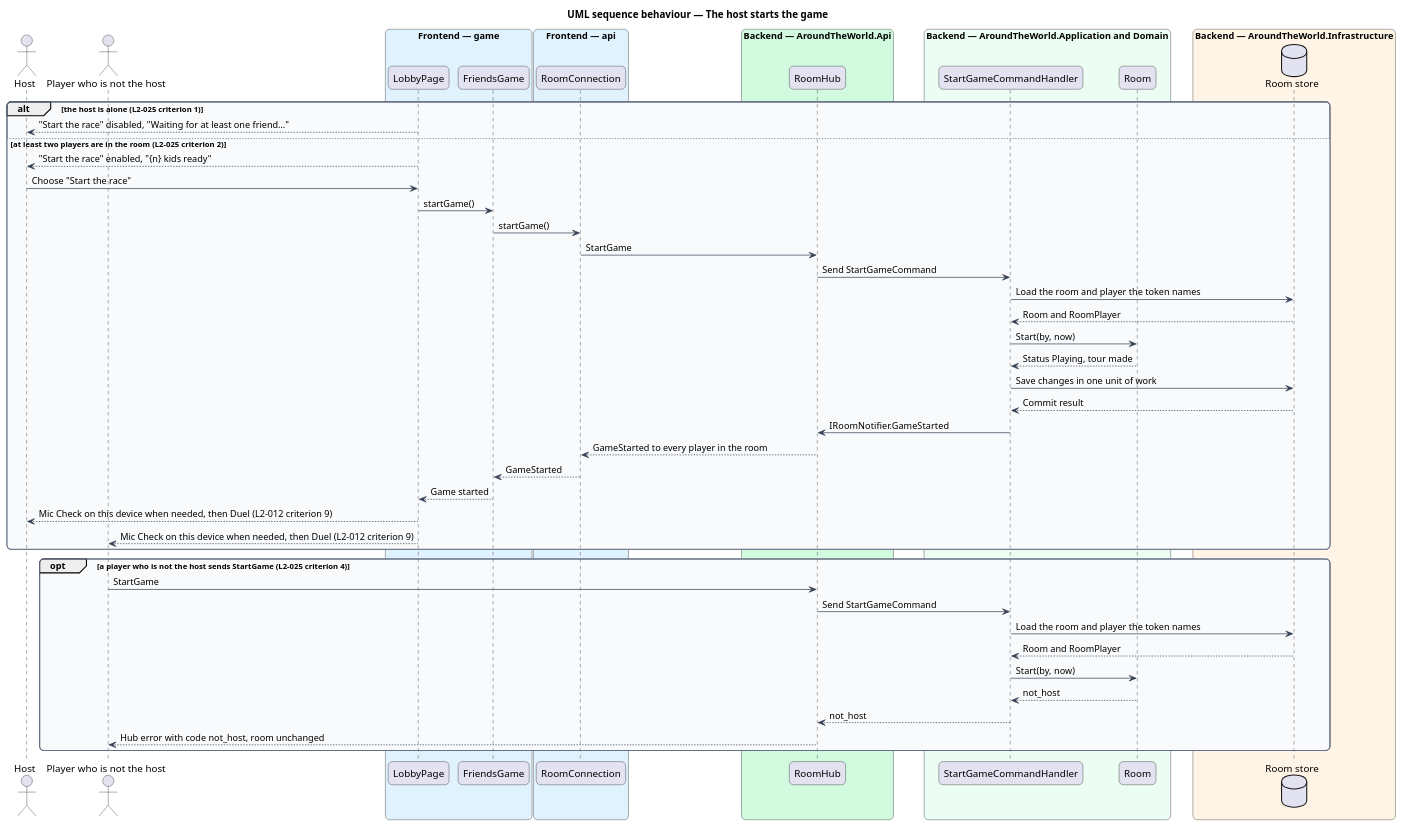
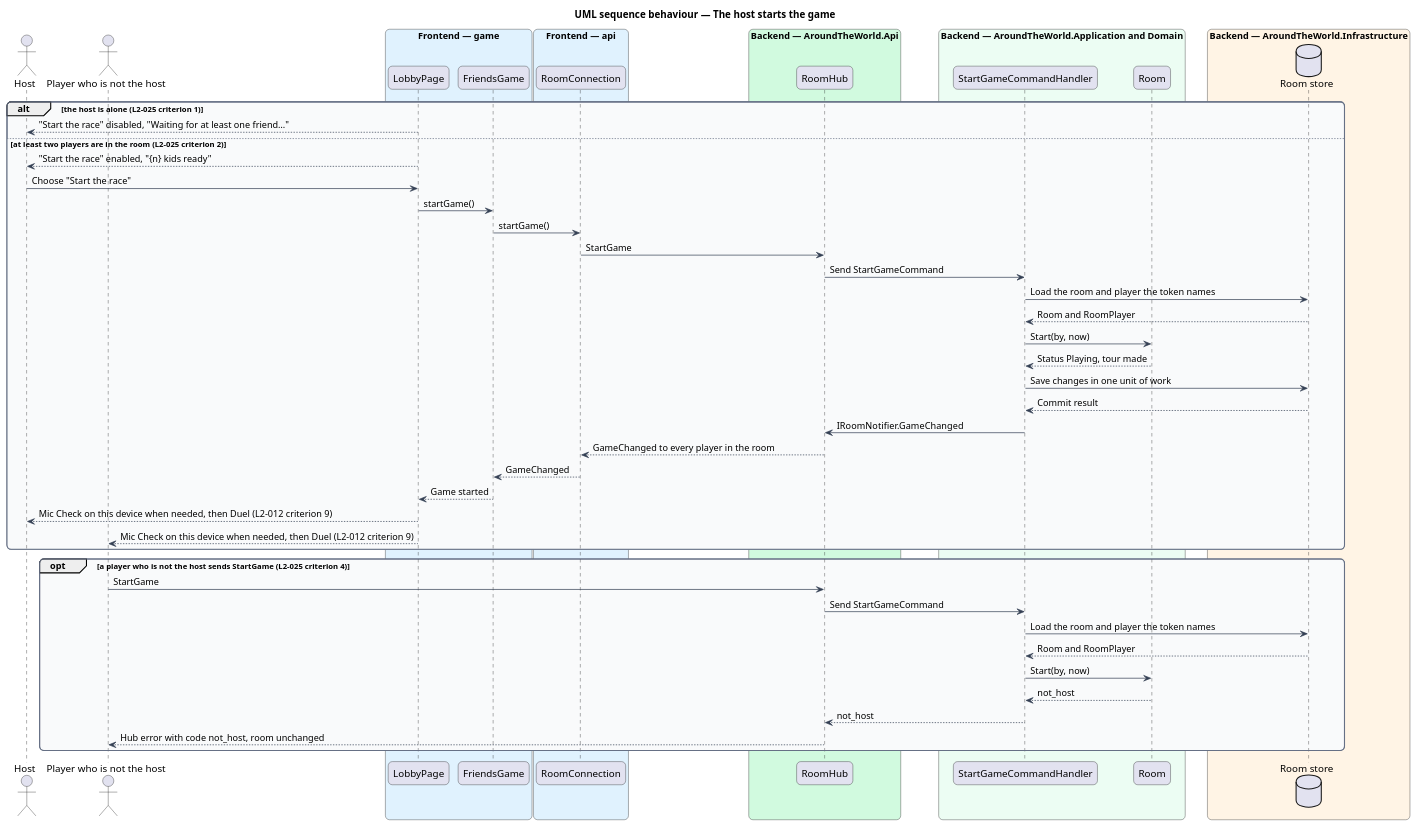
Before and after one commit to QuinntyneBrown/around-the-world: the diagram in docs/detailed-designs/rooms/wait-in-lobby/diagrams/sequence-start-game.puml, drawn with PlantUML. The commit also changed 20 other files, not shown here.

First line of the commit message:
Journey 14: mark it complete, record its lessons, the budget, the diagrams and the components extended

```diff
--- a/docs/detailed-designs/rooms/wait-in-lobby/diagrams/sequence-start-game.puml
+++ b/docs/detailed-designs/rooms/wait-in-lobby/diagrams/sequence-start-game.puml
@@ -1,68 +1,68 @@
 @startuml
 title UML sequence behaviour — The host starts the game
 skinparam backgroundColor #FFFFFF
 skinparam shadowing false
 skinparam roundcorner 12
 skinparam defaultFontName Arial
 skinparam ArrowColor #344054
 skinparam rectangle {
   BorderColor #344054
   FontColor #101828
 }
 skinparam package {
   BorderColor #667085
   FontColor #101828
   BackgroundColor #F9FAFB
 }
 actor "Host" as actor
 actor "Player who is not the host" as other
 box "Frontend — game" #E0F2FE
   participant "LobbyPage" as page
   participant "FriendsGame" as session
 end box
 box "Frontend — api" #E0F2FE
   participant "RoomConnection" as conn
 end box
 box "Backend — AroundTheWorld.Api" #D1FADF
   participant "RoomHub" as hub
 end box
 box "Backend — AroundTheWorld.Application and Domain" #ECFDF3
   participant "StartGameCommandHandler" as handler
   participant "Room" as room
 end box
 box "Backend — AroundTheWorld.Infrastructure" #FFF4E5
   database "Room store" as db
 end box
 alt the host is alone (L2-025 criterion 1)
   page --> actor : "Start the race" disabled, "Waiting for at least one friend…"
 else at least two players are in the room (L2-025 criterion 2)
   page --> actor : "Start the race" enabled, "{n} kids ready"
   actor -> page : Choose "Start the race"
   page -> session : startGame()
   session -> conn : startGame()
   conn -> hub : StartGame
   hub -> handler : Send StartGameCommand
   handler -> db : Load the room and player the token names
   db --> handler : Room and RoomPlayer
   handler -> room : Start(by, now)
   room --> handler : Status Playing, tour made
   handler -> db : Save changes in one unit of work
   db --> handler : Commit result
-  handler -> hub : IRoomNotifier.GameStarted
-  hub --> conn : GameStarted to every player in the room
-  conn --> session : GameStarted
+  handler -> hub : IRoomNotifier.GameChanged
+  hub --> conn : GameChanged to every player in the room
+  conn --> session : GameChanged
   session --> page : Game started
   page --> actor : Mic Check on this device when needed, then Duel (L2-012 criterion 9)
   page --> other : Mic Check on this device when needed, then Duel (L2-012 criterion 9)
 end
 opt a player who is not the host sends StartGame (L2-025 criterion 4)
   other -> hub : StartGame
   hub -> handler : Send StartGameCommand
   handler -> db : Load the room and player the token names
   db --> handler : Room and RoomPlayer
   handler -> room : Start(by, now)
   room --> handler : not_host
   handler --> hub : not_host
   hub --> other : Hub error with code not_host, room unchanged
 end
 @enduml
```
